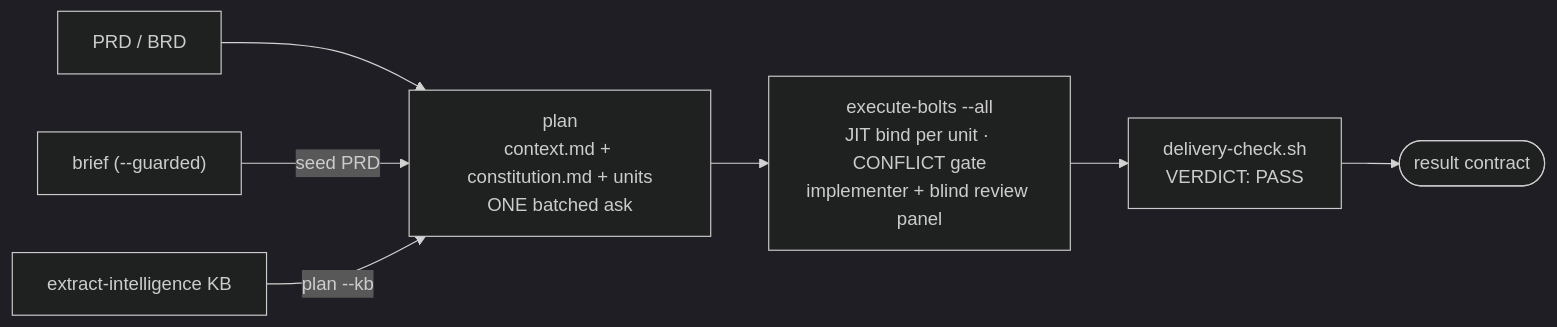
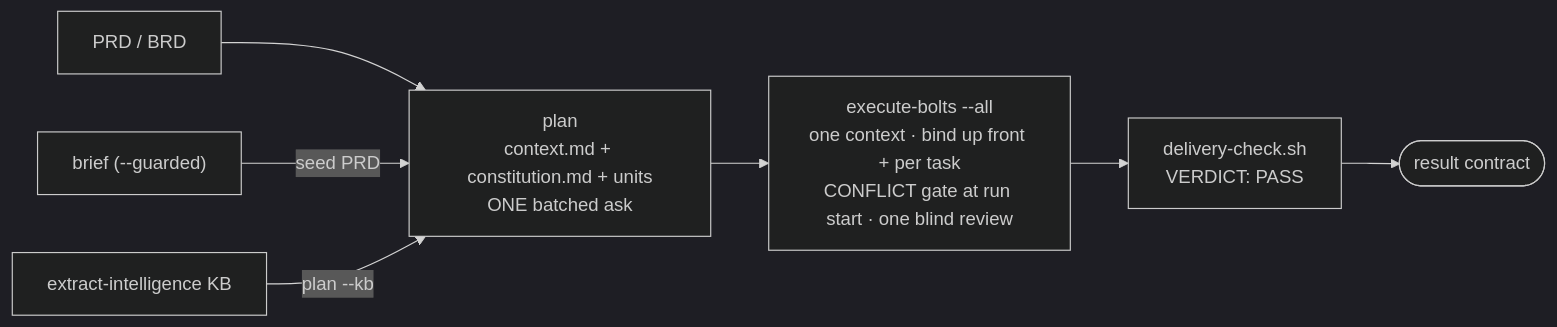
Before and after one commit to FarhanRiuzaki/Mega-SDD: the first of 2 diagrams in README.md, drawn with Mermaid (dark theme). The commit also changed other lines of this file and 62 other files, not shown here.

````diff
--- a/README.md
+++ b/README.md
@@ -197,8 +197,8 @@
 ```mermaid
 flowchart LR
     PRD["PRD / BRD"] --> PLAN
     BRIEF["brief (--guarded)"] -->|seed PRD| PLAN
     KB["extract-intelligence KB"] -->|plan --kb| PLAN
-    PLAN["plan<br/>context.md + constitution.md + units<br/>ONE batched ask"] --> BOLTS["execute-bolts --all<br/>JIT bind per unit · CONFLICT gate<br/>implementer + blind review panel"]
+    PLAN["plan<br/>context.md + constitution.md + units<br/>ONE batched ask"] --> BOLTS["execute-bolts --all<br/>one context · bind up front + per task<br/>CONFLICT gate at run start · one blind review"]
     BOLTS --> CHECK["delivery-check.sh<br/>VERDICT: PASS"] --> RESULT(["result contract"])
 ```
````
